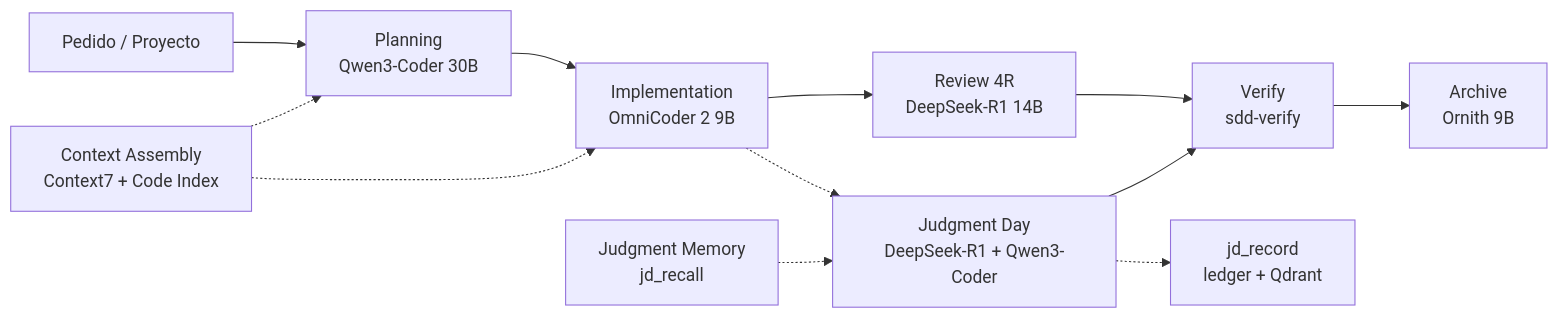
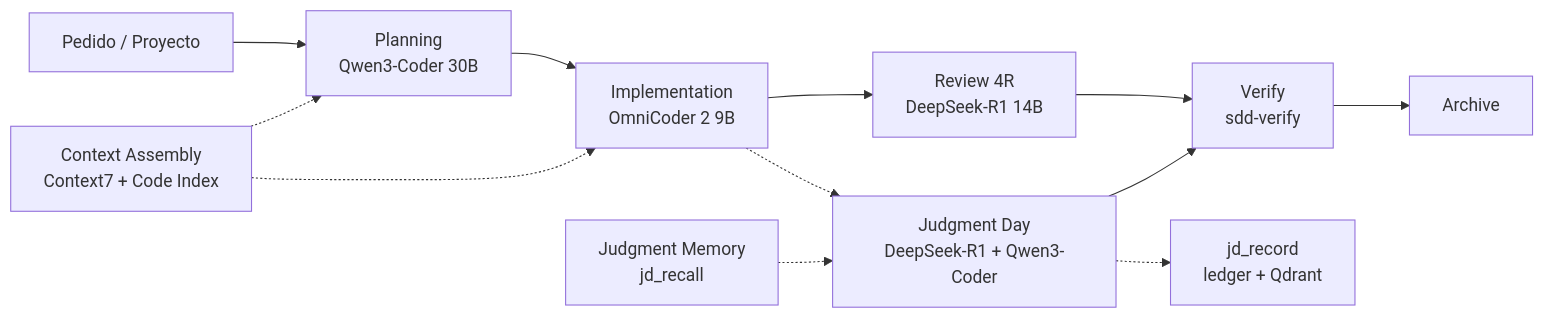
Before and after one commit to gastoncelestino/tony-ai: the first of 2 diagrams in README.md, drawn with Mermaid. The commit also changed other lines of this file and 78 other files, not shown here.

````diff
--- a/README.md
+++ b/README.md
@@ -35,21 +35,21 @@
 ```mermaid
 flowchart LR
     U["Pedido / Proyecto"]
     P["Planning<br/>Qwen3-Coder 30B"]
     I["Implementation<br/>OmniCoder 2 9B"]
     R["Review 4R<br/>DeepSeek-R1 14B"]
     V["Verify<br/>sdd-verify"]
-    A["Archive<br/>Ornith 9B"]
+    A["Archive"]
 
     U --> P --> I --> R --> V --> A
 
     C["Context Assembly<br/>Context7 + Code Index"]
     C -.-> P
     C -.-> I
 
     I -.-> JD["Judgment Day<br/>DeepSeek-R1 + Qwen3-Coder"]
     JD --> V
 
     JDM["Judgment Memory<br/>jd_recall"] -.-> JD
     JD -.-> JDR["jd_record<br/>ledger + Qdrant"]
 ```
````
